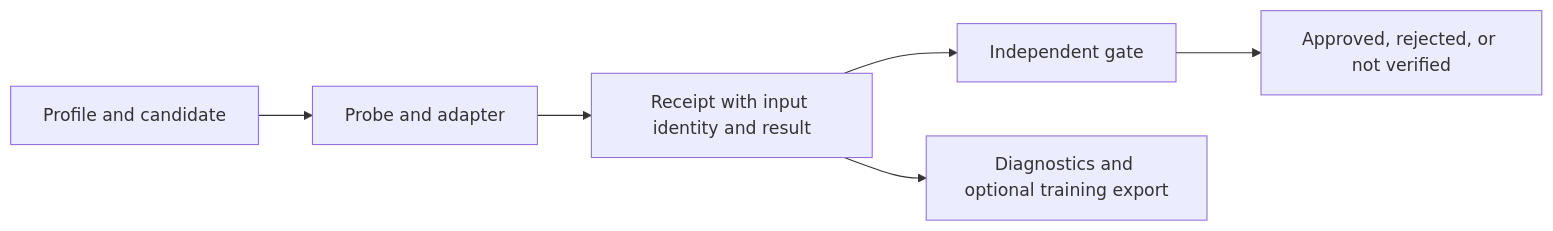
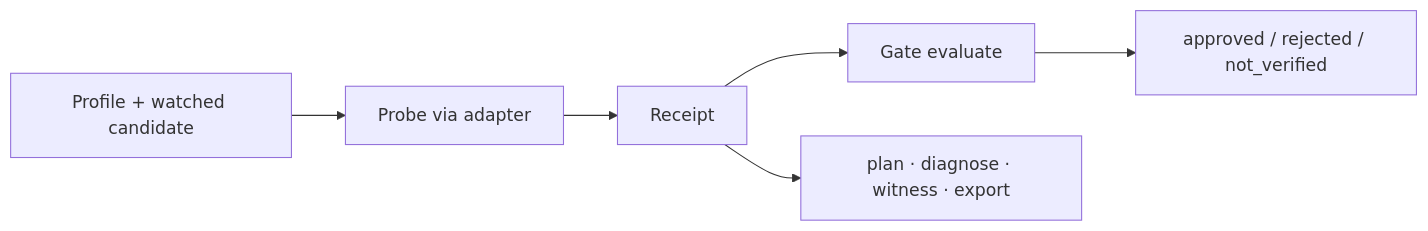
The diagram in README.md (Zelaox/uve), drawn with Mermaid before and after one commit. The commit also changed other lines of this file, not shown here.

```diff
--- a/README.md
+++ b/README.md
@@ -5,8 +5,8 @@
 ~~~mermaid
 flowchart LR
-    A[Profile and candidate] --> B[Probe and adapter]
-    B --> C[Receipt with input identity and result]
-    C --> D[Independent gate]
-    D --> E[Approved, rejected, or not verified]
-    C --> F[Diagnostics and optional training export]
+    P[Profile + watched candidate] --> R[Probe via adapter]
+    R --> C[Receipt]
+    C --> G[Gate evaluate]
+    G --> D[approved / rejected / not_verified]
+    C --> X[plan · diagnose · witness · export]
 ~~~
```
